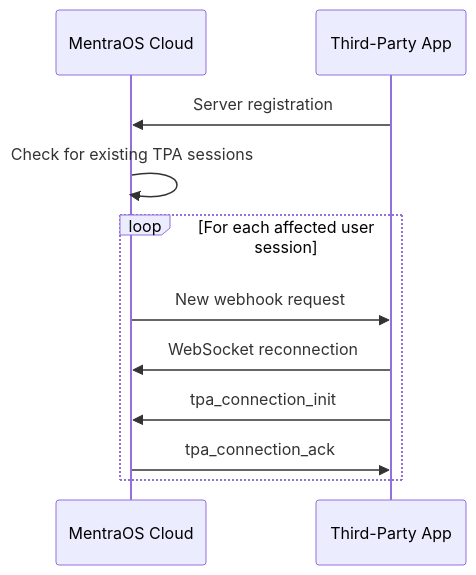
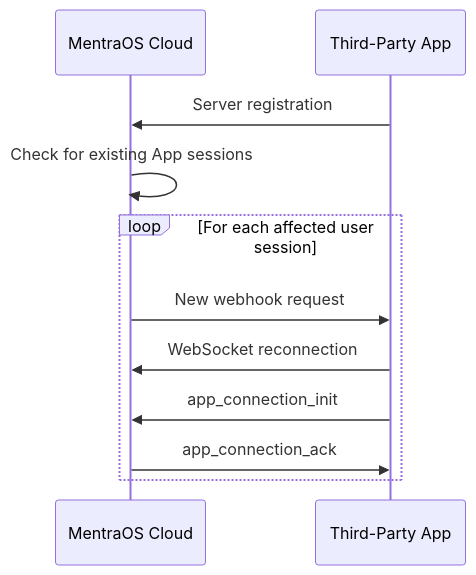
The fourth of 4 diagrams in augmentos_cloud/docs/1. SYSTEM-ARCHITECTURE.md (ebowwa/MentraOS), drawn with Mermaid before and after one commit. The commit also changed other lines of this file and 280 other files, not shown here.

Commit message:
change tpa to app in text

````diff
--- a/augmentos_cloud/docs/1. SYSTEM-ARCHITECTURE.md
+++ b/augmentos_cloud/docs/1. SYSTEM-ARCHITECTURE.md
@@ -212,15 +212,15 @@
 ```mermaid
 sequenceDiagram
     participant Cloud as MentraOS Cloud
-    participant TPA as Third-Party App
+    participant App as Third-Party App
 
-    TPA->>Cloud: Server registration
-    Cloud->>Cloud: Check for existing TPA sessions
+    App->>Cloud: Server registration
+    Cloud->>Cloud: Check for existing App sessions
 
     loop For each affected user session
-        Cloud->>TPA: New webhook request
-        TPA->>Cloud: WebSocket reconnection
-        TPA->>Cloud: tpa_connection_init
-        Cloud->>TPA: tpa_connection_ack
+        Cloud->>App: New webhook request
+        App->>Cloud: WebSocket reconnection
+        App->>Cloud: app_connection_init
+        Cloud->>App: app_connection_ack
     end
 ```
````
